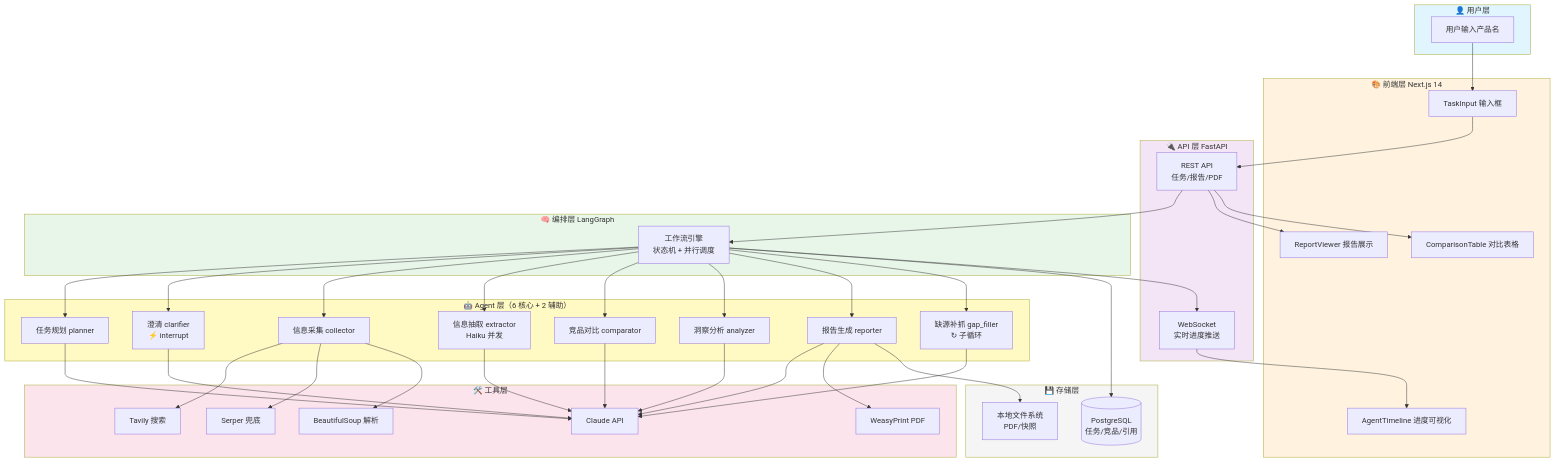
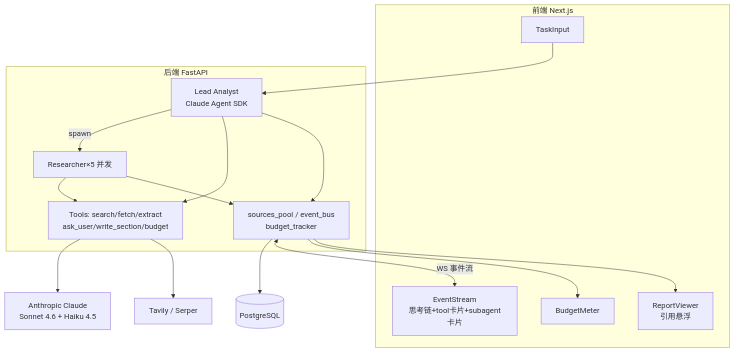
One commit to yangyuxin-hub/Multi-Agent-Collaborative-Competitive-Analysis-System changed the first of 5 diagrams in docs/architecture.md. Above: the diagram before and after it, drawn with Mermaid. The commit also changed other lines of this file and 8 other files, not shown here.

First line of the commit message:
refactor(docs): 架构从 6-Agent DAG 转向 Claude Code 风格主 Agent

````diff
--- a/docs/architecture.md
+++ b/docs/architecture.md
@@ -7,83 +7,33 @@
 ```mermaid
-graph TB
-    subgraph User["👤 用户层"]
-        U[用户输入产品名]
+flowchart TB
+    subgraph FE["前端 Next.js"]
+        UI[TaskInput]
+        Stream[EventStream<br/>思考链+tool卡片+subagent卡片]
+        Budget[BudgetMeter]
+        Report[ReportViewer<br/>引用悬浮]
     end
 
-    subgraph Frontend["🎨 前端层 Next.js 14"]
-        TI[TaskInput 输入框]
-        AT[AgentTimeline 进度可视化]
-        RV[ReportViewer 报告展示]
-        CT[ComparisonTable 对比表格]
+    subgraph BE["后端 FastAPI"]
+        Agent[Lead Analyst<br/>Claude Agent SDK]
+        Sub[Researcher×5 并发]
+        Tools[Tools: search/fetch/extract<br/>ask_user/write_section/budget]
+        Core[sources_pool / event_bus<br/>budget_tracker]
     end
 
-    subgraph API["🔌 API 层 FastAPI"]
-        REST[REST API<br/>任务/报告/PDF]
-        WS[WebSocket<br/>实时进度推送]
-    end
+    Claude[Anthropic Claude<br/>Sonnet 4.6 + Haiku 4.5]
+    Tavily[Tavily / Serper]
+    PG[(PostgreSQL)]
 
-    subgraph Orchestration["🧠 编排层 LangGraph"]
-        GRAPH[工作流引擎<br/>状态机 + 并行调度]
-    end
-
-    subgraph Agents["🤖 Agent 层（6 核心 + 2 辅助）"]
-        A1[任务规划 planner]
-        AC[澄清 clarifier<br/>⚡ interrupt]
-        A2[信息采集 collector]
-        A3[信息抽取 extractor<br/>Haiku 并发]
-        A4[竞品对比 comparator]
-        A5[洞察分析 analyzer]
-        A6[报告生成 reporter]
-        AG[缺源补抓 gap_filler<br/>↻ 子循环]
-    end
-
-    subgraph Tools["🛠️ 工具层"]
-        T1[Tavily 搜索]
-        T2[Serper 兜底]
-        T3[BeautifulSoup 解析]
-        T4[Claude API]
-        T5[WeasyPrint PDF]
-    end
-
-    subgraph Storage["💾 存储层"]
-        DB[(PostgreSQL<br/>任务/竞品/引用)]
-        FS[本地文件系统<br/>PDF/快照]
-    end
-
-    U --> TI
-    TI --> REST
-    REST --> GRAPH
-    GRAPH --> A1
-    GRAPH --> AC
-    GRAPH --> A2
-    GRAPH --> A3
-    GRAPH --> A4
-    GRAPH --> A5
-    GRAPH --> A6
-    GRAPH --> AG
-    A1 --> T4
-    AC --> T4
-    A2 --> T1
-    A2 --> T2
-    A2 --> T3
-    A3 --> T4
-    A4 --> T4
-    A5 --> T4
-    A6 --> T4
-    AG --> T4
-    A6 --> T5
-    GRAPH --> DB
-    A6 --> FS
-    GRAPH --> WS
-    WS --> AT
-    REST --> RV
-    REST --> CT
-
-    style User fill:#e1f5ff
-    style Frontend fill:#fff3e0
-    style API fill:#f3e5f5
-    style Orchestration fill:#e8f5e9
-    style Agents fill:#fff9c4
-    style Tools fill:#fce4ec
-    style Storage fill:#f5f5f5
+    UI --> Agent
+    Agent -->|spawn| Sub
+    Agent --> Tools
+    Sub --> Tools
+    Tools --> Claude
+    Tools --> Tavily
+    Agent --> Core
+    Sub --> Core
+    Core --> PG
+    Core <-->|WS 事件流| Stream
+    Core --> Budget
+    Core --> Report
 ```
````
